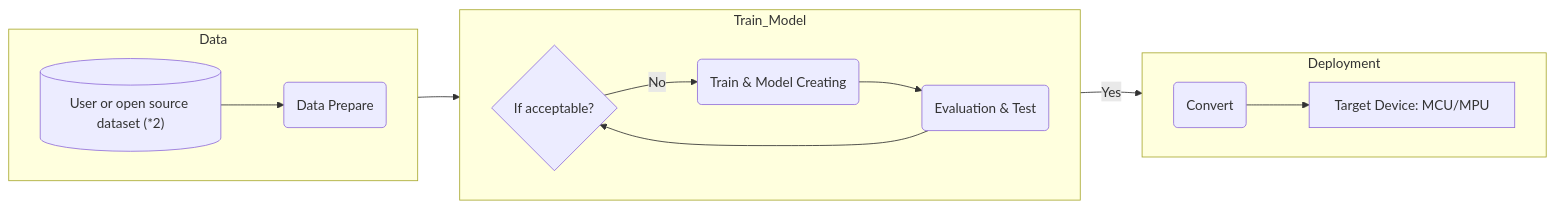
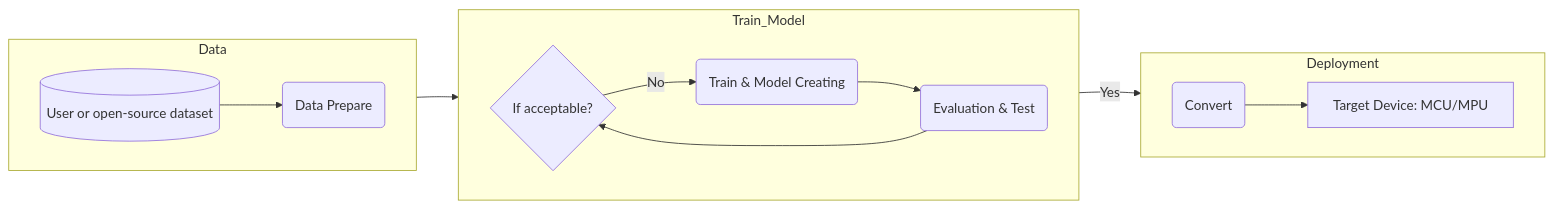
One commit to OpenNuvoton/NuEdgeWise changed the diagram in README.md. Above: the diagram before and after it, drawn with Mermaid. The commit also changed other lines of this file and 8 other files, not shown here.

````diff
--- a/README.md
+++ b/README.md
@@ -57,21 +61,21 @@
 ```mermaid
 flowchart LR
   subgraph Data
       direction LR
-      A[("User or open source dataset (*2)")] -->B(Data Prepare)
+      A[("User or open-source dataset")] -->B(Data Prepare)
   end
    subgraph Train_Model
       direction LR
       E{If acceptable?} -->|No|C(Train & Model Creating)
       D(Evaluation & Test) --> E
       C-->D 
   end
   subgraph Deployment
       direction LR
       F(Convert)-->G[Target Device: MCU/MPU]
   end
  
   Data~~~Train_Model~~~Deployment 
   B-->C
   E-->|Yes|F
 ```
````
